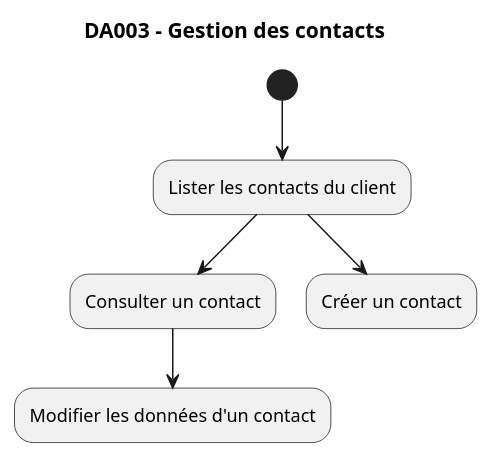
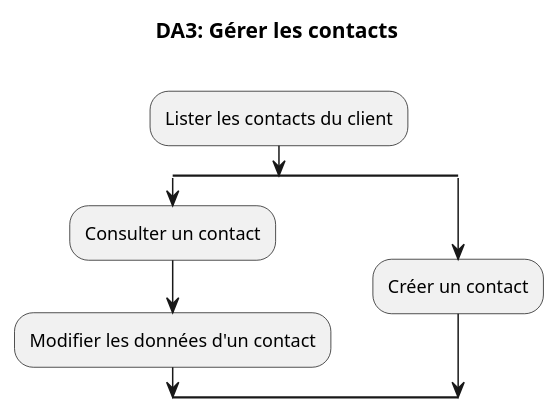
Before and after one commit to if-h4102/pld-mars: the diagram in CU003 - Gestion des contacts clients (Zone Relation Banque-Client)/DA003.puml, drawn with PlantUML. The commit also changed 1 other file, not shown here.

```diff
--- a/CU003 - Gestion des contacts clients (Zone Relation Banque-Client)/DA003.puml
+++ b/CU003 - Gestion des contacts clients (Zone Relation Banque-Client)/DA003.puml
@@ -1,11 +1,13 @@
 @startuml
-title DA003 - Gestion des contacts
+title DA3: Gérer les contacts\n
 
-(*) --> "Lister les contacts du client" as listClient
 
-listClient --> "Consulter un contact" as consulter
-listClient --> "Créer un contact" as creer_contact
-
-consulter --> "Modifier les données d'un contact" as modifier
+:Lister les contacts du client;
+split
+    :Consulter un contact;
+    :Modifier les données d'un contact;
+split again
+    :Créer un contact;
+end split
 
 @enduml
```
